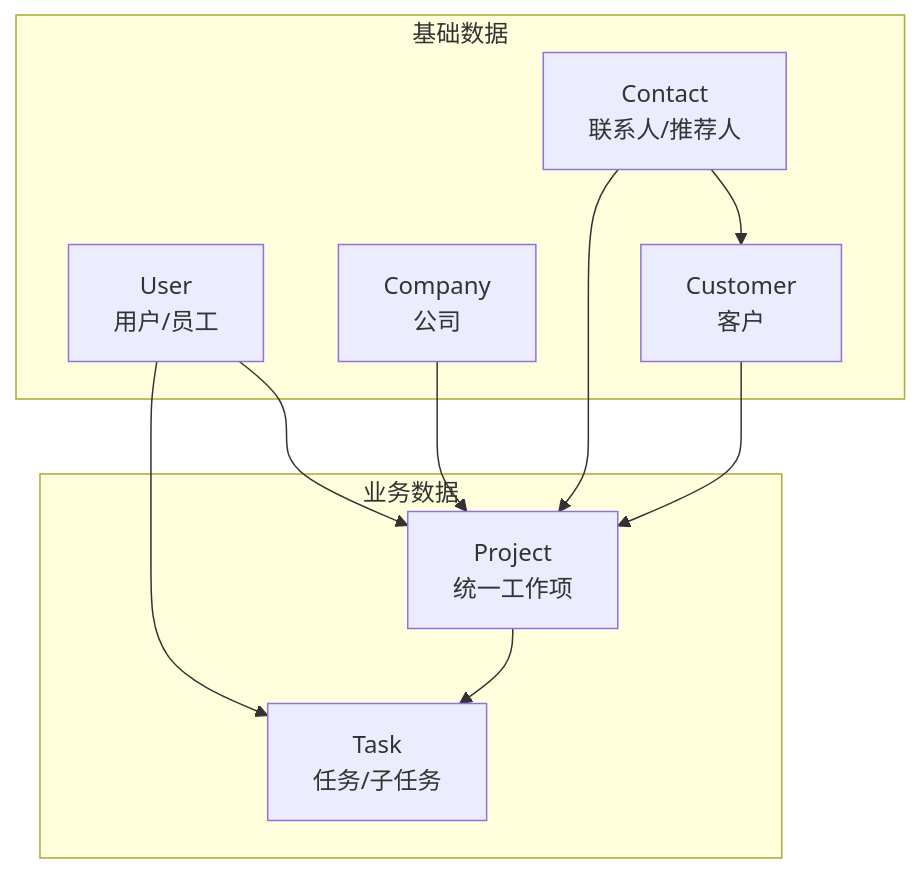
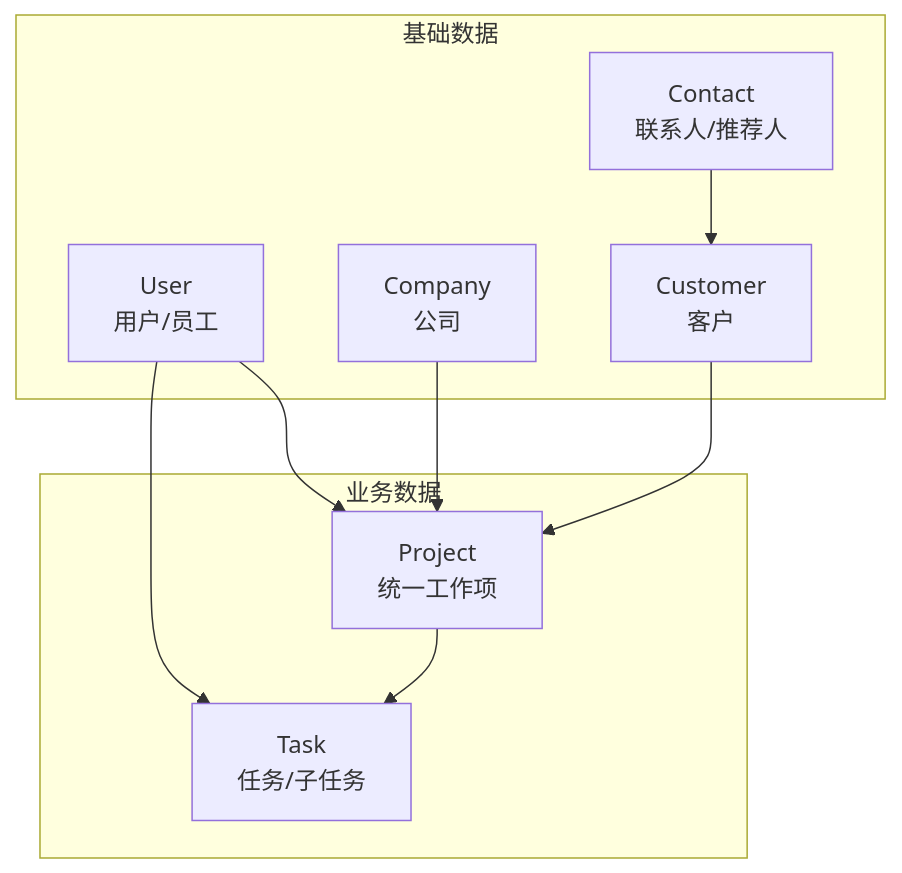
Before and after one commit to Top-Figures-Business-Solution-Pty-Ltd/Smart-Accounting-SaaS-Platform: the first of 2 diagrams in docs/A_Data_Model_Assessment.md, drawn with Mermaid. The commit also changed other lines of this file, not shown here.

````diff
--- a/docs/A_Data_Model_Assessment.md
+++ b/docs/A_Data_Model_Assessment.md
@@ -79,22 +92,21 @@
 ```mermaid
 flowchart TB
     subgraph 基础数据
         USER[User<br/>用户/员工]
         COMPANY[Company<br/>公司]
         CUSTOMER[Customer<br/>客户]
         CONTACT[Contact<br/>联系人/推荐人]
     end
     
     subgraph 业务数据
         PROJ[Project<br/>统一工作项]
         TASK[Task<br/>任务/子任务]
     end
     
     CONTACT --> CUSTOMER
     CUSTOMER --> PROJ
     COMPANY --> PROJ
     USER --> PROJ
     USER --> TASK
-    CONTACT --> PROJ
     PROJ --> TASK
 ```
````
